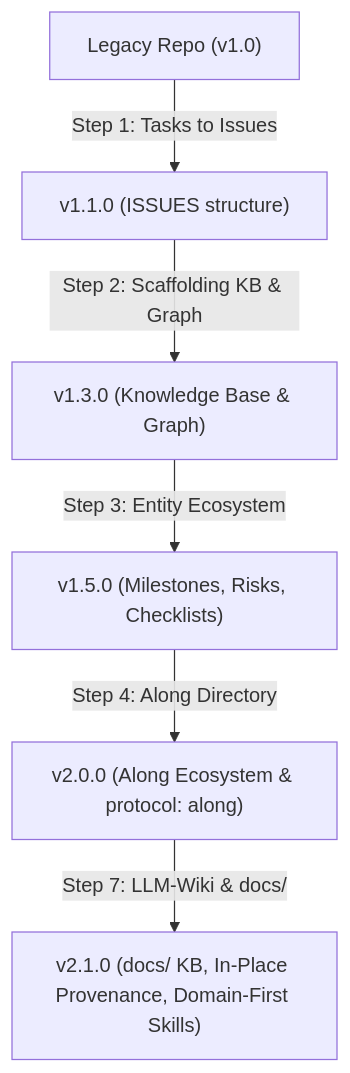
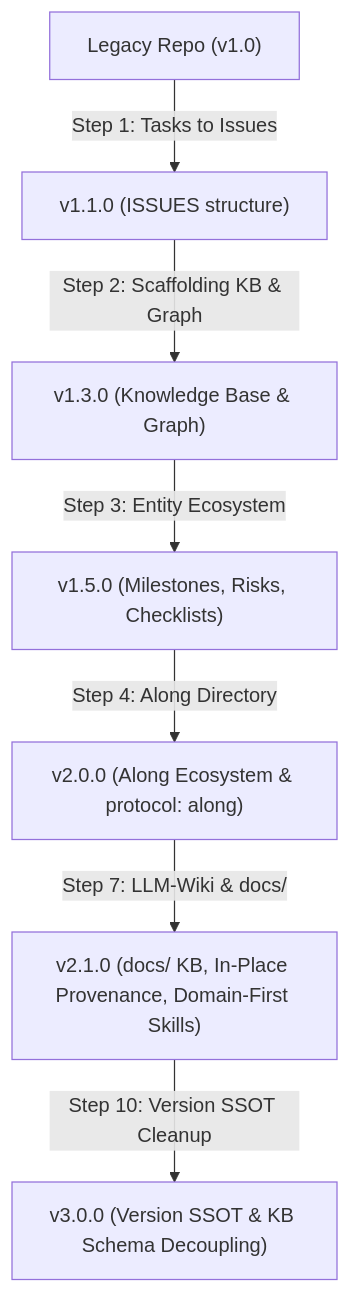
One commit to actdim/along changed the diagram in docs/topic--migrations.md. Above: the diagram before and after it, drawn with Mermaid. The commit also changed other lines of this file and 55 other files, not shown here.

````diff
--- a/docs/topic--migrations.md
+++ b/docs/topic--migrations.md
@@ -36,8 +35,9 @@
 ```mermaid
 flowchart TD
     A["Legacy Repo (v1.0)"] -->|Step 1: Tasks to Issues| B["v1.1.0 (ISSUES structure)"]
     B -->|Step 2: Scaffolding KB & Graph| C["v1.3.0 (Knowledge Base & Graph)"]
     C -->|Step 3: Entity Ecosystem| D["v1.5.0 (Milestones, Risks, Checklists)"]
     D -->|Step 4: Along Directory| E["v2.0.0 (Along Ecosystem & protocol: along)"]
     E -->|Step 7: LLM-Wiki & docs/| F["v2.1.0 (docs/ KB, In-Place Provenance, Domain-First Skills)"]
+    F -->|Step 10: Version SSOT Cleanup| G["v3.0.0 (Version SSOT & KB Schema Decoupling)"]
 ```
````
